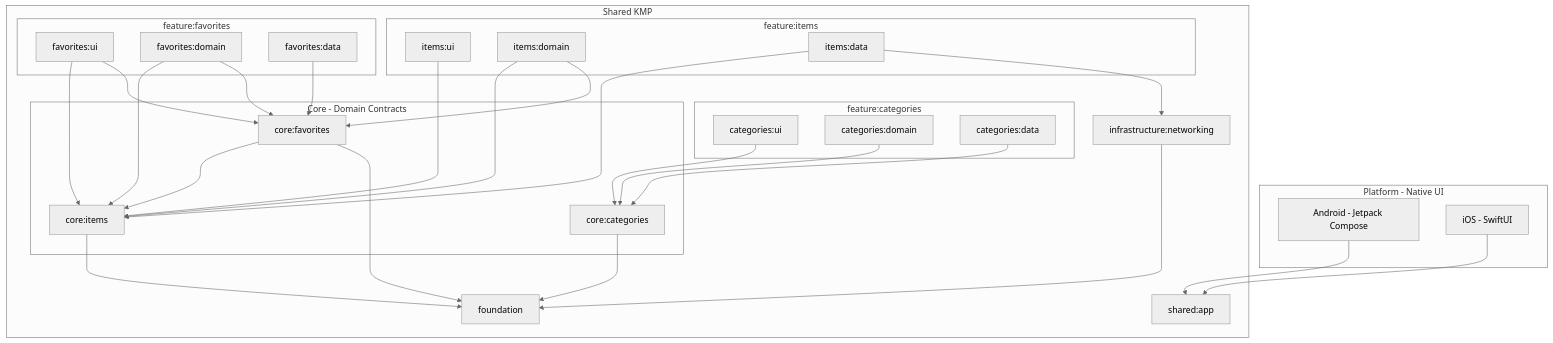
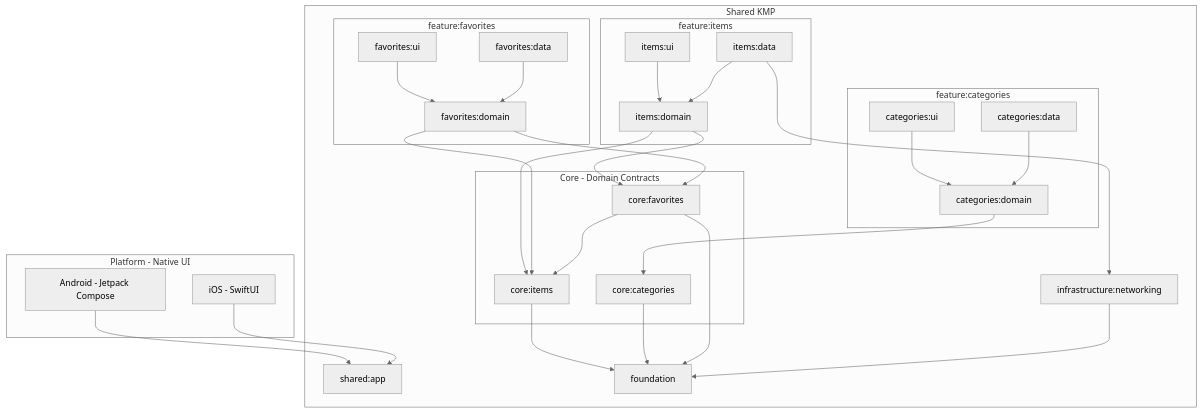
One commit to Ashanen/Castociasto changed the first of 11 diagrams in README.md. Above: the diagram before and after it, drawn with Mermaid (neutral theme). The commit also changed other lines of this file, not shown here.

Commit message:
Update README: UI -> Domain <- Data diagrams, single-feature and cross-feature examples

````diff
--- a/README.md
+++ b/README.md
@@ -25,63 +25,62 @@
 ```mermaid
 graph TB
     subgraph Platform["Platform - Native UI"]
         Android[Android - Jetpack Compose]
         iOS[iOS - SwiftUI]
     end
 
     subgraph Shared["Shared KMP"]
         App[shared:app]
 
         subgraph Feature1["feature:items"]
             IU[items:ui]
             IDom[items:domain]
             IData[items:data]
         end
 
         subgraph Feature2["feature:categories"]
             CU[categories:ui]
             CDom[categories:domain]
             CData[categories:data]
         end
 
         subgraph Feature3["feature:favorites"]
             FU[favorites:ui]
             FDom[favorites:domain]
             FData[favorites:data]
         end
 
         subgraph Core["Core - Domain Contracts"]
             CoreItems[core:items]
             CoreCat[core:categories]
             CoreFav[core:favorites]
         end
 
         Infra[infrastructure:networking]
         Found[foundation]
     end
 
     Android --> App
     iOS --> App
 
-    IU --> CoreItems
+    IU --> IDom
+    IData --> IDom
     IDom --> CoreItems
     IDom --> CoreFav
-    IData --> CoreItems
     IData --> Infra
 
-    CU --> CoreCat
+    CU --> CDom
+    CData --> CDom
     CDom --> CoreCat
-    CData --> CoreCat
 
-    FU --> CoreItems
-    FU --> CoreFav
+    FU --> FDom
+    FData --> FDom
     FDom --> CoreItems
     FDom --> CoreFav
-    FData --> CoreFav
 
     CoreFav --> CoreItems
     CoreItems --> Found
     CoreCat --> Found
     CoreFav --> Found
     Infra --> Found
 ```
````
